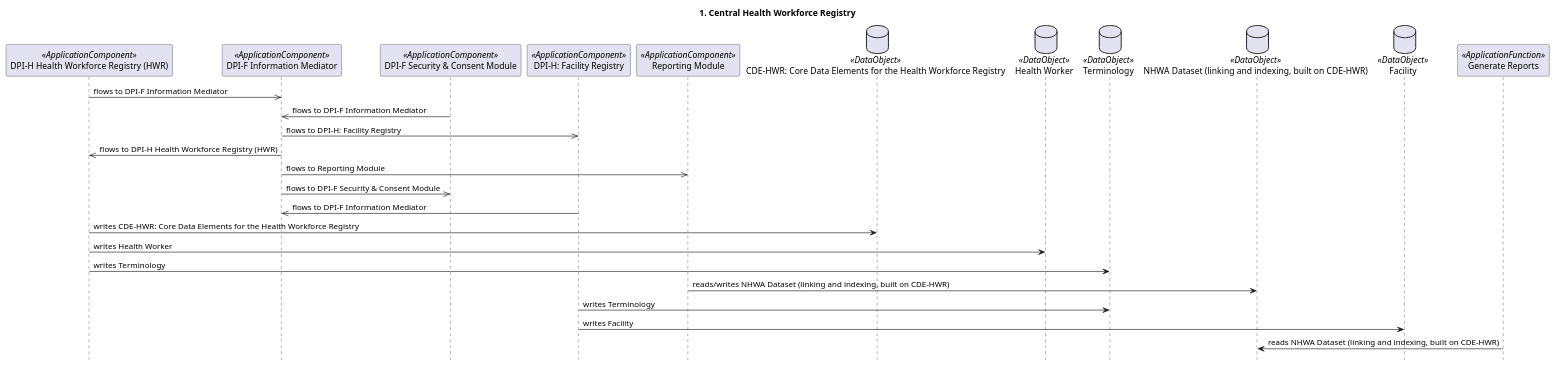
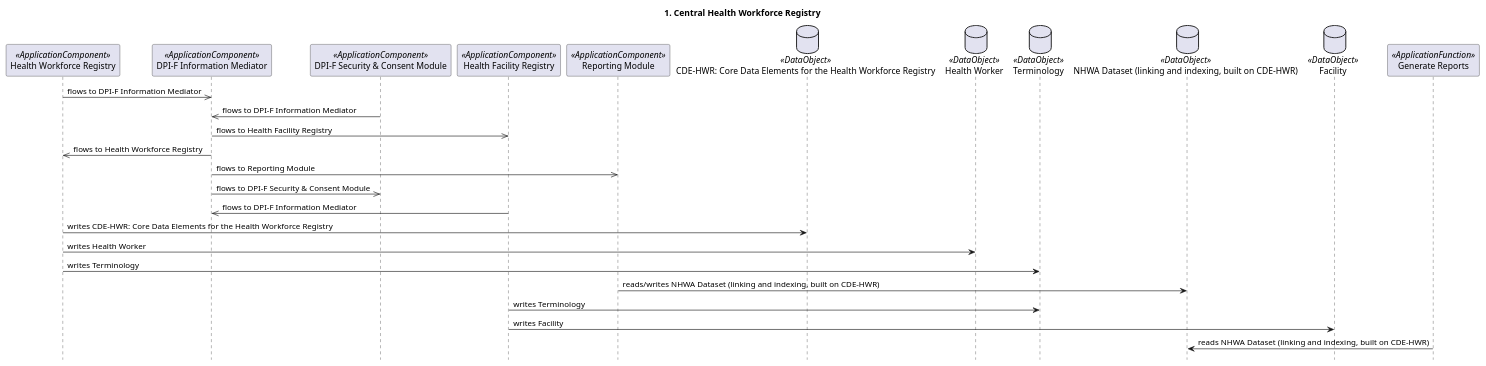
Before and after one commit to litlfred/dth-phc: the first of 6 diagrams in archimate/0.3.0-draft.1/sequences.puml, drawn with PlantUML. The commit also changed other lines of this file and 6573 other files, not shown here.

```diff
--- a/archimate/0.3.0-draft.1/sequences.puml
+++ b/archimate/0.3.0-draft.1/sequences.puml
@@ -1,30 +1,30 @@
 @startuml
 ' 1. Central Health Workforce Registry (id-007936f8c2424b96ad1893ef0ff66059): sequence diagram, derived by archimate-diagrams. Do not edit.
 title 1. Central Health Workforce Registry
 hide footbox
-participant "DPI-H Health Workforce Registry (HWR)" as id_350840520ae44f658b6ad3b3762e382e <<ApplicationComponent>>
+participant "Health Workforce Registry" as id_350840520ae44f658b6ad3b3762e382e <<ApplicationComponent>>
 participant "DPI-F Information Mediator" as id_3c5d846710034c4595e206e748d65e36 <<ApplicationComponent>>
 participant "DPI-F Security & Consent Module" as id_d79aa0eec0584b0792b44bca408afeb6 <<ApplicationComponent>>
-participant "DPI-H: Facility Registry" as id_4e0767822dcf46409554156a133fbc67 <<ApplicationComponent>>
+participant "Health Facility Registry" as id_4e0767822dcf46409554156a133fbc67 <<ApplicationComponent>>
 participant "Reporting Module" as id_bbd18f65be45490fbbaf02346511ae5e <<ApplicationComponent>>
 database "CDE-HWR: Core Data Elements for the Health Workforce Registry" as id_e162b2223da4440983514be5854b654d <<DataObject>>
 database "Health Worker" as id_702c24bbd73341be9afc11c7e11e9810 <<DataObject>>
 database "Terminology" as id_301912f3fcaf4648b0ebc3cbbfc3b447 <<DataObject>>
 database "NHWA Dataset (linking and indexing, built on CDE-HWR)" as id_145e885489634e469e8a6734f56b7df5 <<DataObject>>
 database "Facility" as id_ad969289cb774307aa678037c56fdd3f <<DataObject>>
 participant "Generate Reports" as id_b3a5209e0e88419382a678964bed91f9 <<ApplicationFunction>>
 id_350840520ae44f658b6ad3b3762e382e ->> id_3c5d846710034c4595e206e748d65e36 : flows to DPI-F Information Mediator
 id_d79aa0eec0584b0792b44bca408afeb6 ->> id_3c5d846710034c4595e206e748d65e36 : flows to DPI-F Information Mediator
-id_3c5d846710034c4595e206e748d65e36 ->> id_4e0767822dcf46409554156a133fbc67 : flows to DPI-H: Facility Registry
-id_3c5d846710034c4595e206e748d65e36 ->> id_350840520ae44f658b6ad3b3762e382e : flows to DPI-H Health Workforce Registry (HWR)
+id_3c5d846710034c4595e206e748d65e36 ->> id_4e0767822dcf46409554156a133fbc67 : flows to Health Facility Registry
+id_3c5d846710034c4595e206e748d65e36 ->> id_350840520ae44f658b6ad3b3762e382e : flows to Health Workforce Registry
 id_3c5d846710034c4595e206e748d65e36 ->> id_bbd18f65be45490fbbaf02346511ae5e : flows to Reporting Module
 id_3c5d846710034c4595e206e748d65e36 ->> id_d79aa0eec0584b0792b44bca408afeb6 : flows to DPI-F Security & Consent Module
 id_4e0767822dcf46409554156a133fbc67 ->> id_3c5d846710034c4595e206e748d65e36 : flows to DPI-F Information Mediator
 id_350840520ae44f658b6ad3b3762e382e -> id_e162b2223da4440983514be5854b654d : writes CDE-HWR: Core Data Elements for the Health Workforce Registry
 id_350840520ae44f658b6ad3b3762e382e -> id_702c24bbd73341be9afc11c7e11e9810 : writes Health Worker
 id_350840520ae44f658b6ad3b3762e382e -> id_301912f3fcaf4648b0ebc3cbbfc3b447 : writes Terminology
 id_bbd18f65be45490fbbaf02346511ae5e -> id_145e885489634e469e8a6734f56b7df5 : reads/writes NHWA Dataset (linking and indexing, built on CDE-HWR)
 id_4e0767822dcf46409554156a133fbc67 -> id_301912f3fcaf4648b0ebc3cbbfc3b447 : writes Terminology
 id_4e0767822dcf46409554156a133fbc67 -> id_ad969289cb774307aa678037c56fdd3f : writes Facility
 id_b3a5209e0e88419382a678964bed91f9 -> id_145e885489634e469e8a6734f56b7df5 : reads NHWA Dataset (linking and indexing, built on CDE-HWR)
 @enduml
```
